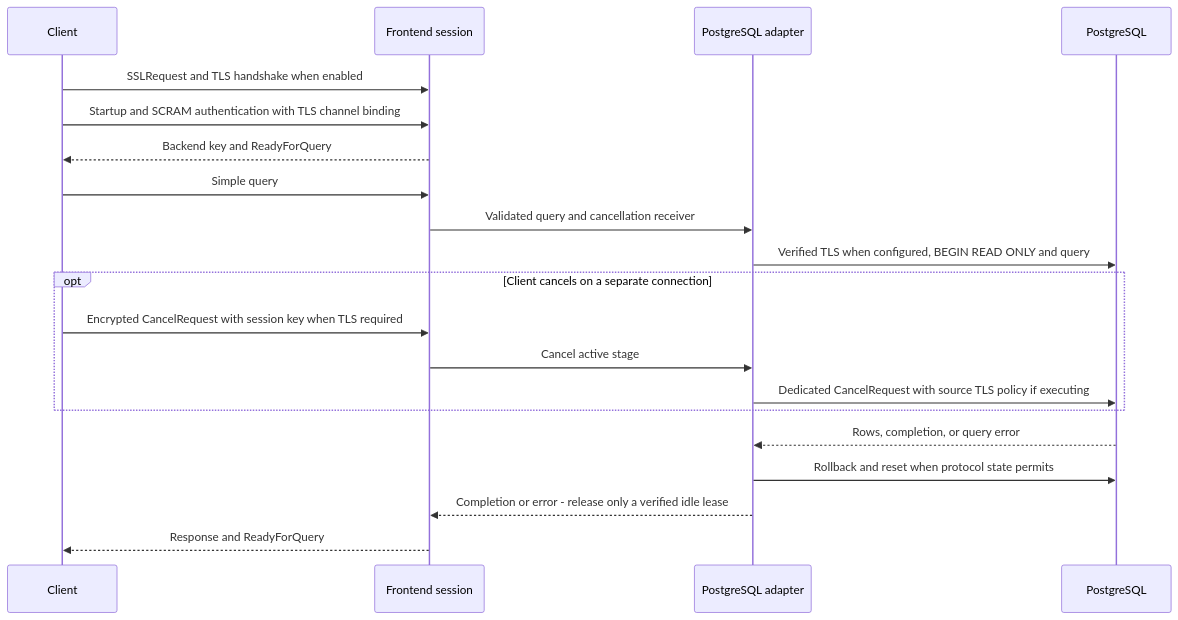
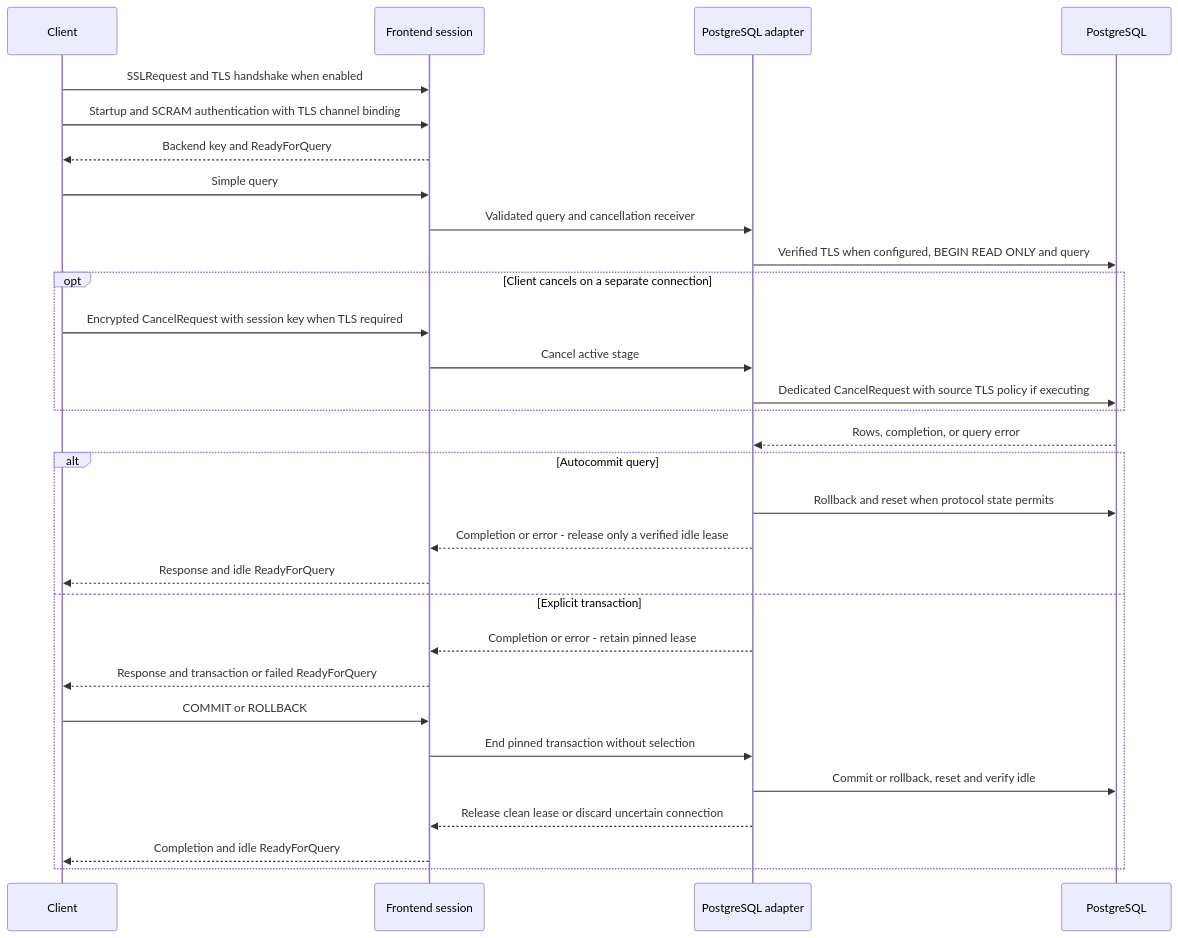
Before and after one commit to AbhiSinha08/yasp-analytics-proxy: the fourth of 4 diagrams in docs/architecture.md, drawn with Mermaid. The commit also changed other lines of this file and 25 other files, not shown here.

````diff
--- a/docs/architecture.md
+++ b/docs/architecture.md
@@ -147,22 +170,32 @@
 ```mermaid
 sequenceDiagram
     participant Client
     participant Session as Frontend session
     participant Adapter as PostgreSQL adapter
     participant PG as PostgreSQL
     Client->>Session: SSLRequest and TLS handshake when enabled
     Client->>Session: Startup and SCRAM authentication with TLS channel binding
     Session-->>Client: Backend key and ReadyForQuery
     Client->>Session: Simple query
     Session->>Adapter: Validated query and cancellation receiver
     Adapter->>PG: Verified TLS when configured, BEGIN READ ONLY and query
     opt Client cancels on a separate connection
         Client->>Session: Encrypted CancelRequest with session key when TLS required
         Session->>Adapter: Cancel active stage
         Adapter->>PG: Dedicated CancelRequest with source TLS policy if executing
     end
     PG-->>Adapter: Rows, completion, or query error
-    Adapter->>PG: Rollback and reset when protocol state permits
-    Adapter-->>Session: Completion or error - release only a verified idle lease
-    Session-->>Client: Response and ReadyForQuery
+    alt Autocommit query
+        Adapter->>PG: Rollback and reset when protocol state permits
+        Adapter-->>Session: Completion or error - release only a verified idle lease
+        Session-->>Client: Response and idle ReadyForQuery
+    else Explicit transaction
+        Adapter-->>Session: Completion or error - retain pinned lease
+        Session-->>Client: Response and transaction or failed ReadyForQuery
+        Client->>Session: COMMIT or ROLLBACK
+        Session->>Adapter: End pinned transaction without selection
+        Adapter->>PG: Commit or rollback, reset and verify idle
+        Adapter-->>Session: Release clean lease or discard uncertain connection
+        Session-->>Client: Completion and idle ReadyForQuery
+    end
 ```
````
